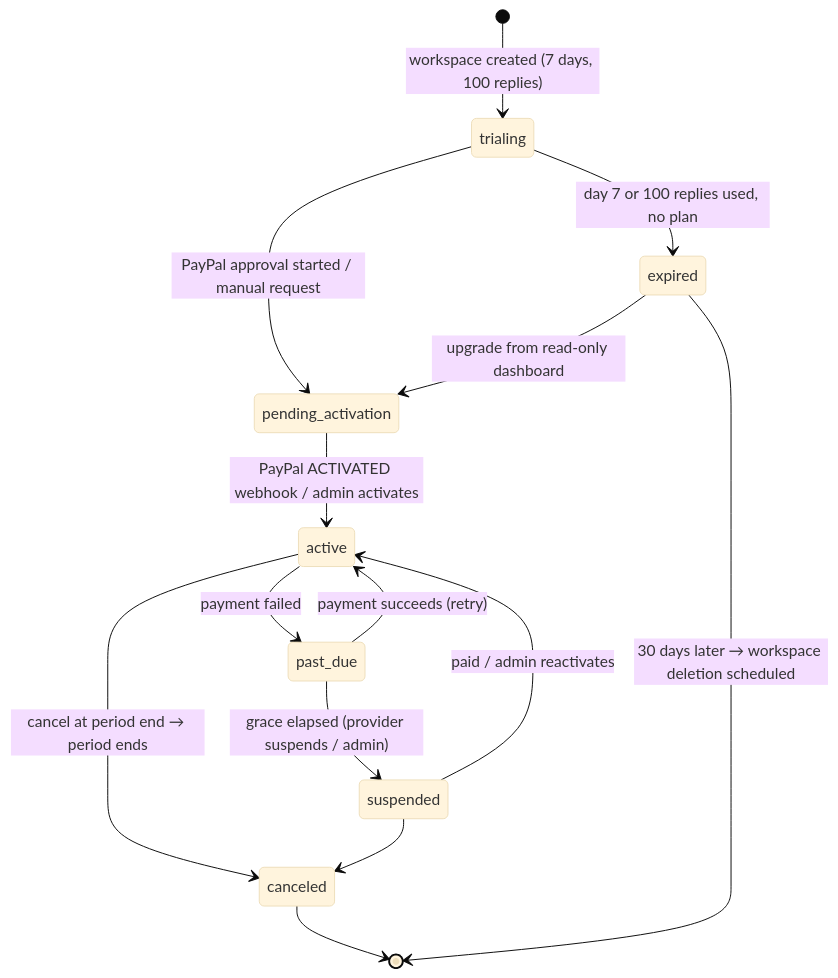
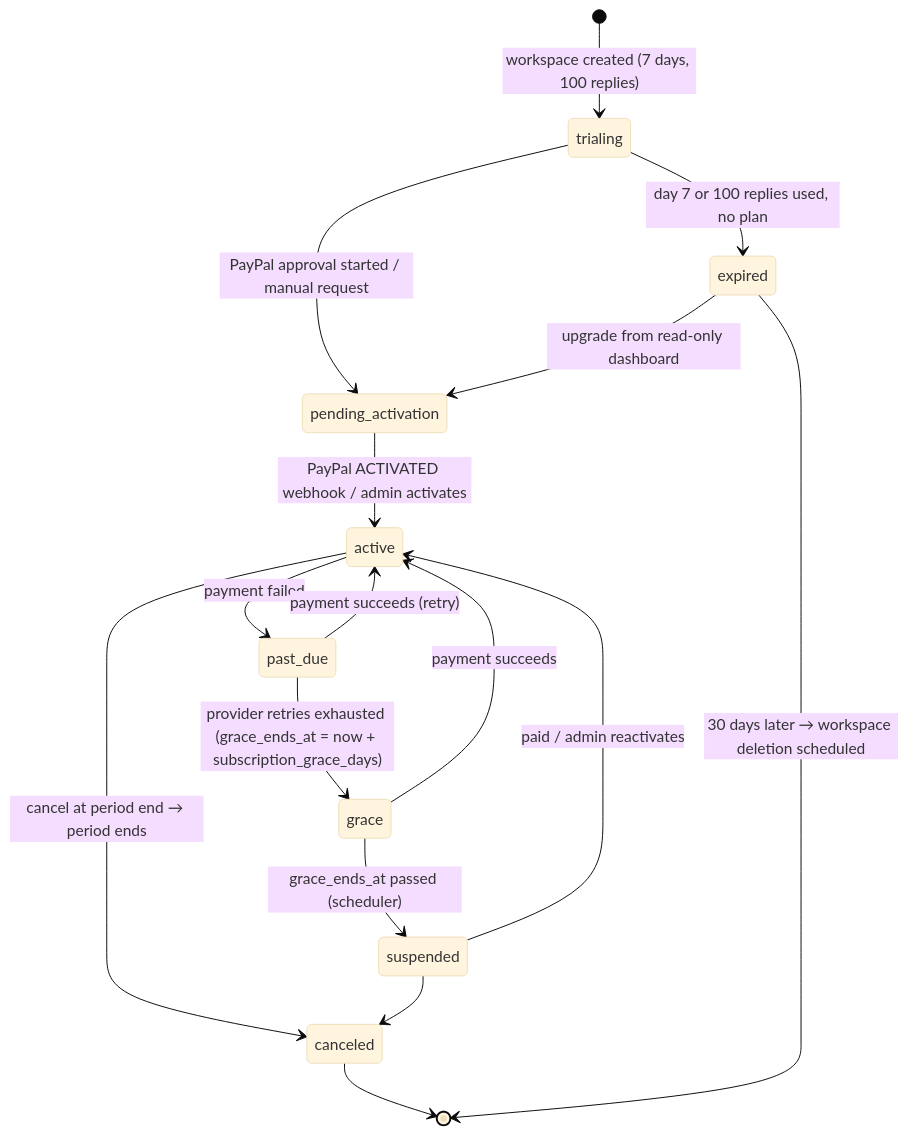
The diagram in docs/BILLING.md (hemashady210-lgtm/hema), drawn with Mermaid (base theme) before and after one commit. The commit also changed other lines of this file and 19 other files, not shown here.

````diff
--- a/docs/BILLING.md
+++ b/docs/BILLING.md
@@ -74,16 +77,18 @@
 ```mermaid
 stateDiagram-v2
   [*] --> trialing: workspace created (7 days, 100 replies)
   trialing --> pending_activation: PayPal approval started / manual request
   trialing --> expired: day 7 or 100 replies used, no plan
   pending_activation --> active: PayPal ACTIVATED webhook / admin activates
   expired --> pending_activation: upgrade from read-only dashboard
   active --> past_due: payment failed
   past_due --> active: payment succeeds (retry)
-  past_due --> suspended: grace elapsed (provider suspends / admin)
+  past_due --> grace: provider retries exhausted (grace_ends_at = now + subscription_grace_days)
+  grace --> active: payment succeeds
+  grace --> suspended: grace_ends_at passed (scheduler)
   suspended --> active: paid / admin reactivates
   active --> canceled: cancel at period end → period ends
   suspended --> canceled
   canceled --> [*]
   expired --> [*]: 30 days later → workspace deletion scheduled
 ```
````
